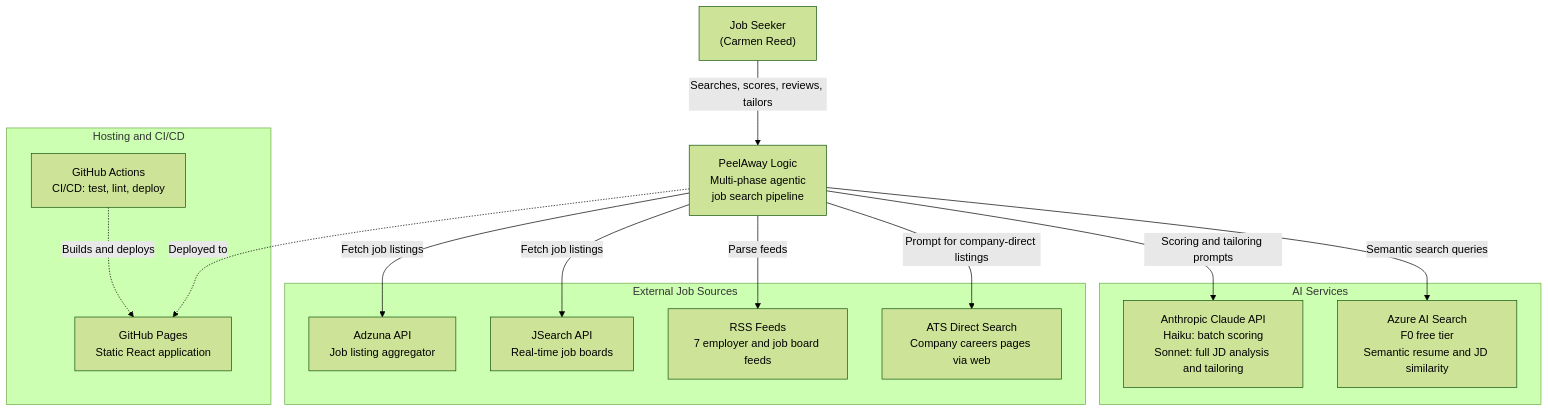
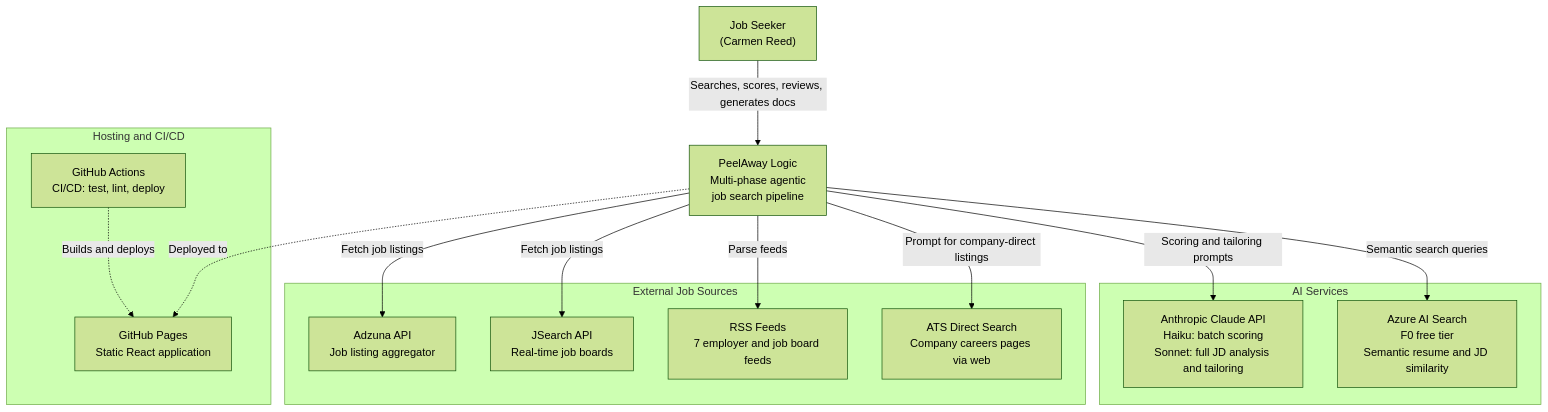
The diagram in peelaway-logic/docs/architecture/diagrams/system-context.mermaid (CarmenReed/AI-Claude-Code-Ecosystem), drawn with Mermaid (forest theme) before and after one commit. The commit also changed 12 other files, not shown here.

First line of the commit message:
docs: update PeelAway Logic to 4-phase pipeline, add Playwright and Copilot

```diff
--- a/peelaway-logic/docs/architecture/diagrams/system-context.mermaid
+++ b/peelaway-logic/docs/architecture/diagrams/system-context.mermaid
@@ -1,35 +1,35 @@
 %% C4 Level 1: System Context
 %% PeelAway Logic in its ecosystem
 %% Shows the user, all external systems, and where AI services connect
 
 graph TB
     User["Job Seeker\n(Carmen Reed)"]
 
     subgraph External_APIs["External Job Sources"]
         Adzuna["Adzuna API\nJob listing aggregator"]
         JSearch["JSearch API\nReal-time job boards"]
         RSS["RSS Feeds\n7 employer and job board feeds"]
         ATS["ATS Direct Search\nCompany careers pages via web"]
     end
 
     subgraph AI_Services["AI Services"]
         Claude["Anthropic Claude API\nHaiku: batch scoring\nSonnet: full JD analysis and tailoring"]
         AzureSearch["Azure AI Search\nF0 free tier\nSemantic resume and JD similarity"]
     end
 
     subgraph Hosting["Hosting and CI/CD"]
         GHPages["GitHub Pages\nStatic React application"]
         GHActions["GitHub Actions\nCI/CD: test, lint, deploy"]
     end
 
     PeelAway["PeelAway Logic\nMulti-phase agentic\njob search pipeline"]
 
-    User -->|"Searches, scores, reviews, tailors"| PeelAway
+    User -->|"Searches, scores, reviews, generates docs"| PeelAway
     PeelAway -->|"Fetch job listings"| Adzuna
     PeelAway -->|"Fetch job listings"| JSearch
     PeelAway -->|"Parse feeds"| RSS
     PeelAway -->|"Prompt for company-direct listings"| ATS
     PeelAway -->|"Scoring and tailoring prompts"| Claude
     PeelAway -->|"Semantic search queries"| AzureSearch
     PeelAway -.->|"Deployed to"| GHPages
     GHActions -.->|"Builds and deploys"| GHPages
```
